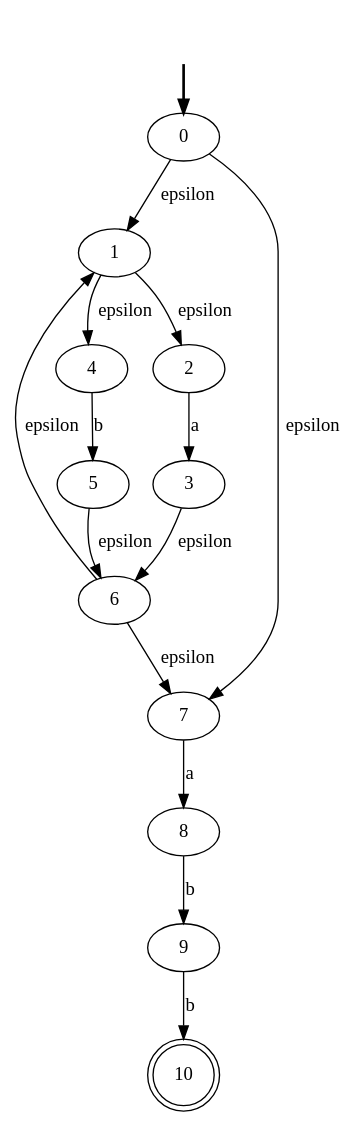
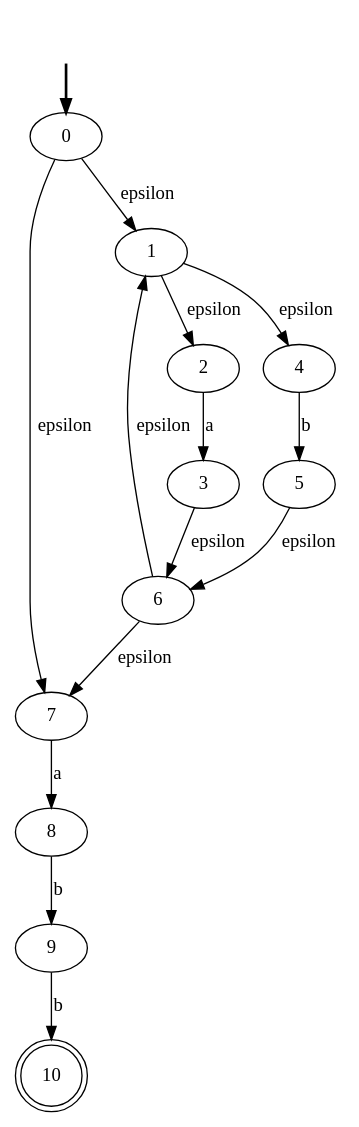
The diagram in thompsonAFN.dot (JDiegoS/Proyecto-1-DLP), drawn with Graphviz before and after one commit. The commit also changed other lines of this file and 8 other files, not shown here.

```diff
--- a/thompsonAFN.dot
+++ b/thompsonAFN.dot
@@ -1,28 +1,28 @@
 digraph {
 	fake0 [style=invisible]
+	2
+	6
+	4
+	9
+	10 [shape=doublecircle]
+	3
+	0 [root=true]
 	8
-	3
-	10 [shape=doublecircle]
-	6
-	9
-	4
+	7
 	1
 	5
-	2
-	7
-	0 [root=true]
 	fake0 -> 0 [style=bold]
 	0 -> 1 [label=epsilon]
 	0 -> 7 [label=epsilon]
 	6 -> 1 [label=epsilon]
 	6 -> 7 [label=epsilon]
+	1 -> 2 [label=epsilon]
 	1 -> 4 [label=epsilon]
-	1 -> 2 [label=epsilon]
 	2 -> 3 [label=a]
 	4 -> 5 [label=b]
 	3 -> 6 [label=epsilon]
 	5 -> 6 [label=epsilon]
 	7 -> 8 [label=a]
 	8 -> 9 [label=b]
 	9 -> 10 [label=b]
 }
```
